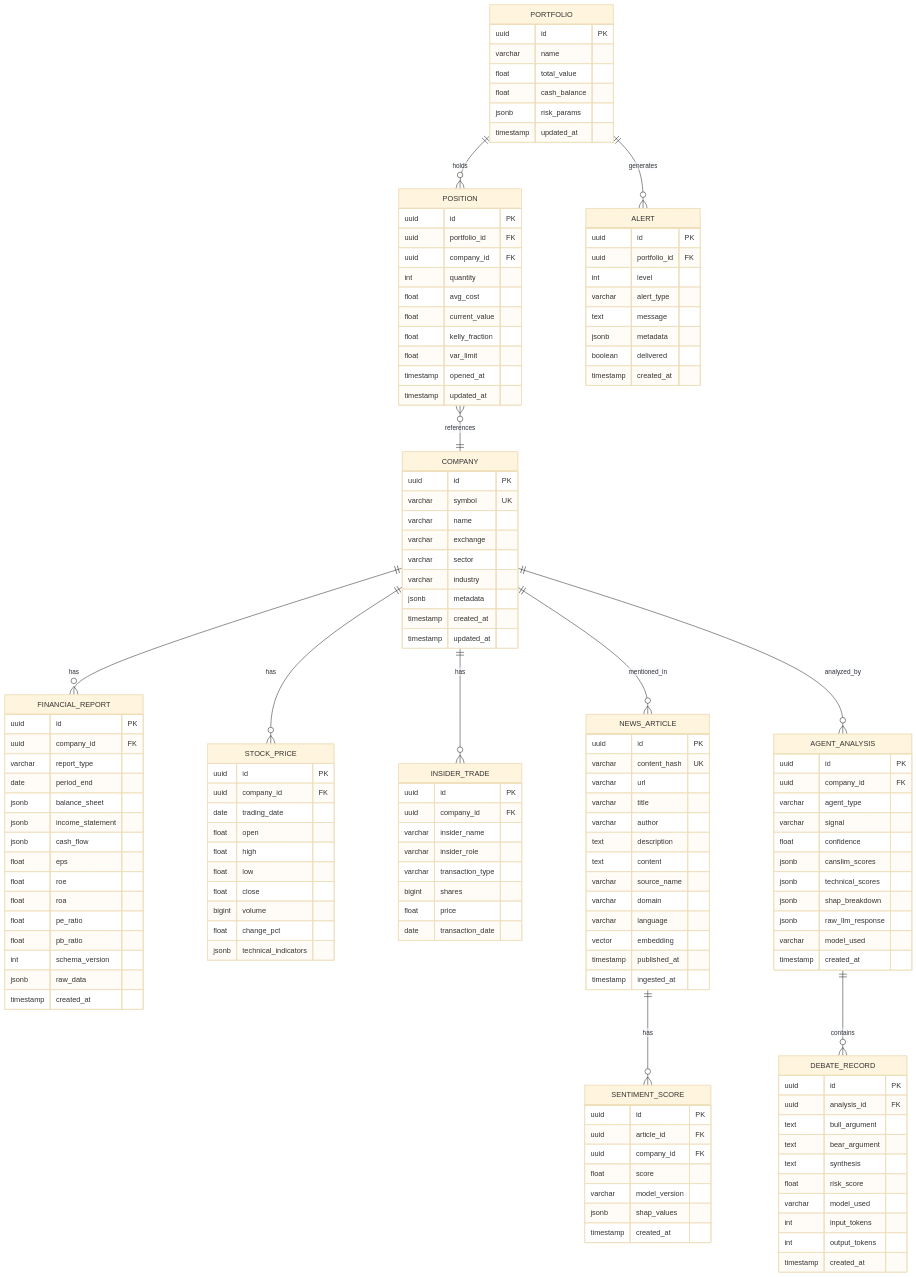
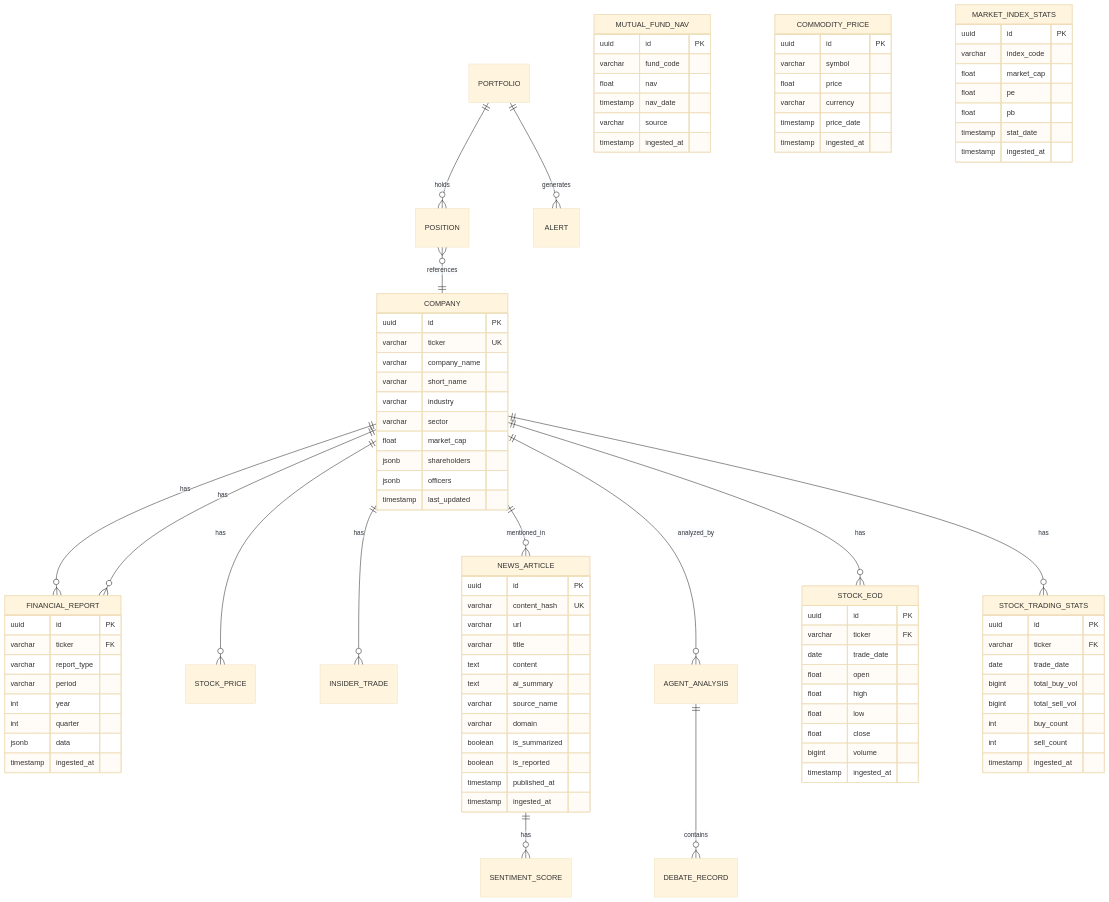
Before and after one commit to nqhuy44/xalpha-researcher: the diagram in docs/DATABASE.md, drawn with Mermaid (base theme). The commit also changed 48 other files, not shown here.

First line of the commit message:
Feature/agent data stock (#3)

````diff
--- a/docs/DATABASE.md
+++ b/docs/DATABASE.md
@@ -29,45 +29,38 @@
 
     COMPANY {
         uuid id PK
-        varchar symbol UK
-        varchar name
-        varchar exchange
+        varchar ticker UK
+        varchar company_name
+        varchar short_name
+        varchar industry
         varchar sector
-        varchar industry
-        jsonb metadata
-        timestamp created_at
-        timestamp updated_at
+        float market_cap
+        jsonb shareholders
+        jsonb officers
+        timestamp last_updated
     }
 
     FINANCIAL_REPORT {
         uuid id PK
-        uuid company_id FK
+        varchar ticker FK
         varchar report_type
-        date period_end
-        jsonb balance_sheet
-        jsonb income_statement
-        jsonb cash_flow
-        float eps
-        float roe
-        float roa
-        float pe_ratio
-        float pb_ratio
-        int schema_version
-        jsonb raw_data
-        timestamp created_at
+        varchar period
+        int year
+        int quarter
+        jsonb data
+        timestamp ingested_at
     }
 
-    STOCK_PRICE {
+    STOCK_EOD {
         uuid id PK
-        uuid company_id FK
-        date trading_date
+        varchar ticker FK
+        date trade_date
         float open
         float high
         float low
         float close
         bigint volume
-        float change_pct
-        jsonb technical_indicators
+        timestamp ingested_at
     }
 
     NEWS_ARTICLE {
@@ -75,95 +68,56 @@
         varchar content_hash UK
         varchar url
         varchar title
-        varchar author
-        text description
         text content
+        text ai_summary
         varchar source_name
         varchar domain
-        varchar language
-        vector embedding
+        boolean is_summarized
+        boolean is_reported
         timestamp published_at
         timestamp ingested_at
     }
 
-    SENTIMENT_SCORE {
+    MUTUAL_FUND_NAV {
         uuid id PK
-        uuid article_id FK
-        uuid company_id FK
-        float score
-        varchar model_version
-        jsonb shap_values
-        timestamp created_at
+        varchar fund_code
+        float nav
+        timestamp nav_date
+        varchar source
+        timestamp ingested_at
     }
 
-    AGENT_ANALYSIS {
+    COMMODITY_PRICE {
         uuid id PK
-        uuid company_id FK
-        varchar agent_type
-        varchar signal
-        float confidence
-        jsonb canslim_scores
-        jsonb technical_scores
-        jsonb shap_breakdown
-        jsonb raw_llm_response
-        varchar model_used
-        timestamp created_at
+        varchar symbol
+        float price
+        varchar currency
+        timestamp price_date
+        timestamp ingested_at
     }
 
-    DEBATE_RECORD {
+    MARKET_INDEX_STATS {
         uuid id PK
-        uuid analysis_id FK
-        text bull_argument
-        text bear_argument
-        text synthesis
-        float risk_score
-        varchar model_used
-        int input_tokens
-        int output_tokens
-        timestamp created_at
+        varchar index_code
+        float market_cap
+        float pe
+        float pb
+        timestamp stat_date
+        timestamp ingested_at
     }
 
-    PORTFOLIO {
+    STOCK_TRADING_STATS {
         uuid id PK
-        varchar name
-        float total_value
-        float cash_balance
-        jsonb risk_params
-        timestamp updated_at
+        varchar ticker FK
+        date trade_date
+        bigint total_buy_vol
+        bigint total_sell_vol
+        int buy_count
+        int sell_count
+        timestamp ingested_at
     }
 
-    POSITION {
-        uuid id PK
-        uuid portfolio_id FK
-        uuid company_id FK
-        int quantity
-        float avg_cost
-        float current_value
-        float kelly_fraction
-        float var_limit
-        timestamp opened_at
-        timestamp updated_at
-    }
-
-    ALERT {
-        uuid id PK
-        uuid portfolio_id FK
-        int level
-        varchar alert_type
-        text message
-        jsonb metadata
-        boolean delivered
-        timestamp created_at
-    }
-
-    INSIDER_TRADE {
-        uuid id PK
-        uuid company_id FK
-        varchar insider_name
-        varchar insider_role
-        varchar transaction_type
-        bigint shares
-        float price
-        date transaction_date
-    }
+    COMPANY ||--o{ FINANCIAL_REPORT : has
+    COMPANY ||--o{ STOCK_EOD : has
+    COMPANY ||--o{ STOCK_TRADING_STATS : has
 ```
````
